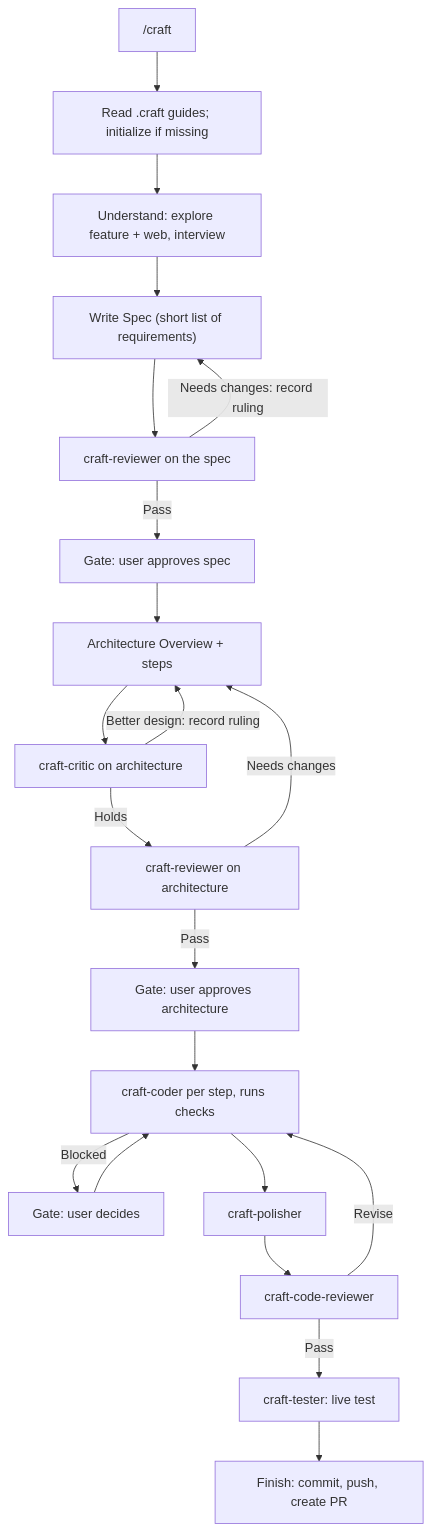
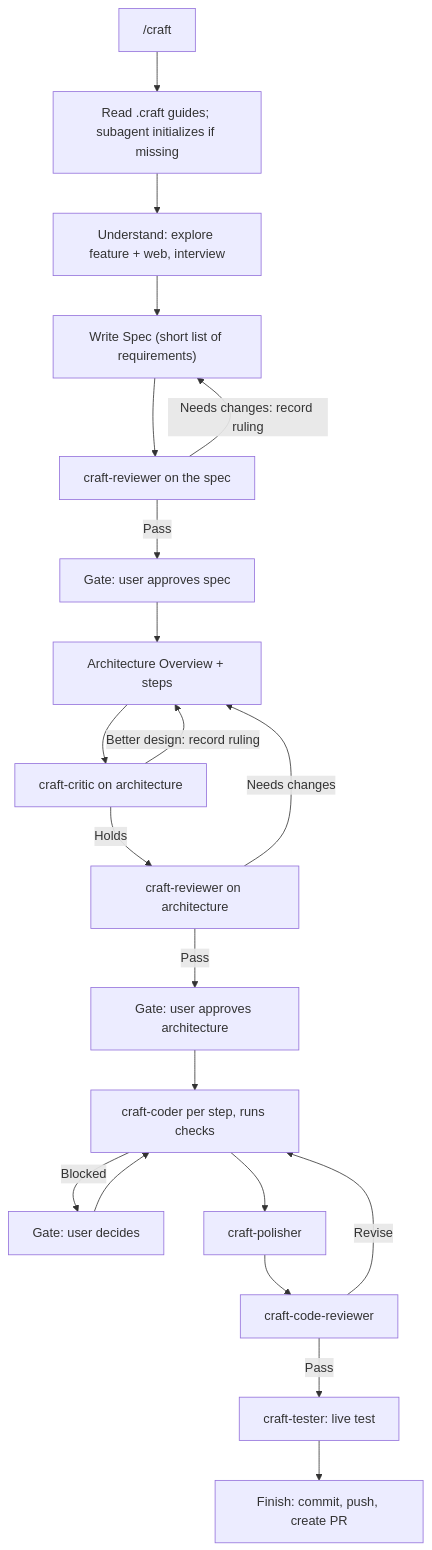
One commit to AidenHadisi/craft changed the diagram in README.md. Above: the diagram before and after it, drawn with Mermaid. The commit also changed other lines of this file and 10 other files, not shown here.

````diff
--- a/README.md
+++ b/README.md
@@ -37,23 +37,23 @@
 ```mermaid
 flowchart TD
-    start["/craft"] --> context["Read .craft guides; initialize if missing"]
+    start["/craft"] --> context["Read .craft guides; subagent initializes if missing"]
     context --> understand["Understand: explore feature + web, interview"]
     understand --> spec["Write Spec (short list of requirements)"]
     spec --> specReview["craft-reviewer on the spec"]
     specReview -->|"Needs changes: record ruling"| spec
     specReview -->|Pass| specGate["Gate: user approves spec"]
     specGate --> arch["Architecture Overview + steps"]
     arch --> archCritic["craft-critic on architecture"]
     archCritic -->|"Better design: record ruling"| arch
     archCritic -->|Holds| archReview["craft-reviewer on architecture"]
     archReview -->|"Needs changes"| arch
     archReview -->|Pass| archGate["Gate: user approves architecture"]
     archGate --> coder["craft-coder per step, runs checks"]
     coder -->|Blocked| unblock["Gate: user decides"]
     unblock --> coder
     coder --> polish["craft-polisher"]
     polish --> codeReview["craft-code-reviewer"]
     codeReview -->|Revise| coder
     codeReview -->|Pass| test["craft-tester: live test"]
     test --> finish["Finish: commit, push, create PR"]
 ```
````
